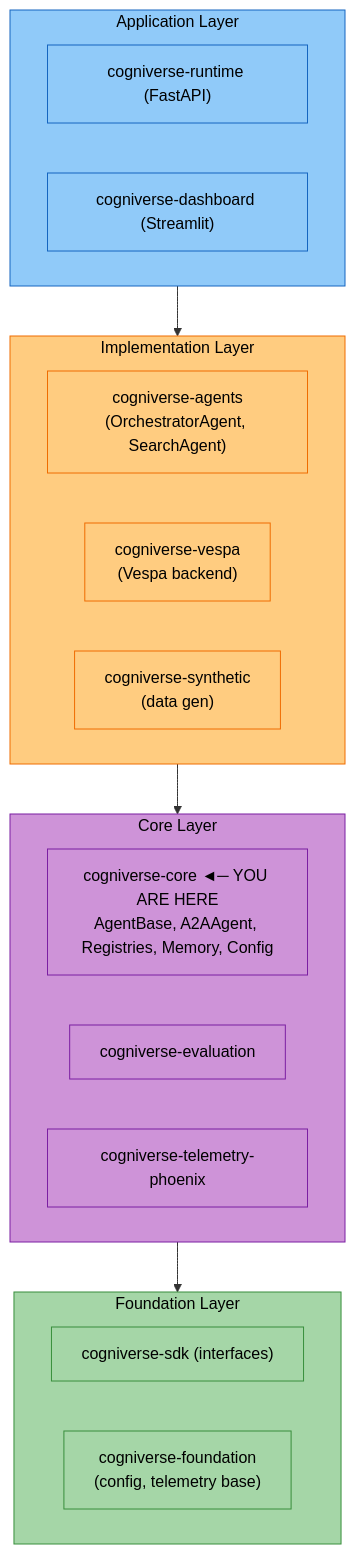
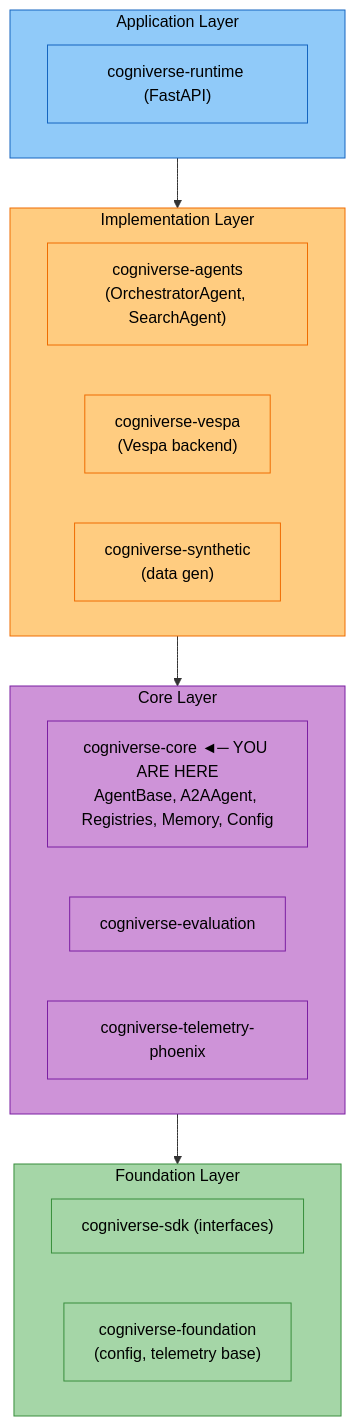
Before and after one commit to amit-jain/cogniverse: the diagram in docs/modules/core.md, drawn with Mermaid. The commit also changed 241 other files, not shown here.

First line of the commit message:
Remove the Streamlit dashboard

````diff
--- a/docs/modules/core.md
+++ b/docs/modules/core.md
@@ -1857,43 +1857,41 @@
 ```mermaid
 flowchart TB
     subgraph AppLayer["<span style='color:#000'>Application Layer</span>"]
         Runtime["<span style='color:#000'>cogniverse-runtime (FastAPI)</span>"]
-        Dashboard["<span style='color:#000'>cogniverse-dashboard (Streamlit)</span>"]
     end
 
     subgraph ImplLayer["<span style='color:#000'>Implementation Layer</span>"]
         Agents["<span style='color:#000'>cogniverse-agents<br/>(OrchestratorAgent, SearchAgent)</span>"]
         Vespa["<span style='color:#000'>cogniverse-vespa<br/>(Vespa backend)</span>"]
         Synthetic["<span style='color:#000'>cogniverse-synthetic<br/>(data gen)</span>"]
     end
 
     subgraph CoreLayer["<span style='color:#000'>Core Layer</span>"]
         Core["<span style='color:#000'>cogniverse-core ◄─ YOU ARE HERE<br/>AgentBase, A2AAgent, Registries, Memory, Config</span>"]
         Evaluation["<span style='color:#000'>cogniverse-evaluation</span>"]
         Telemetry["<span style='color:#000'>cogniverse-telemetry-phoenix</span>"]
     end
 
     subgraph FoundationLayer["<span style='color:#000'>Foundation Layer</span>"]
         SDK["<span style='color:#000'>cogniverse-sdk (interfaces)</span>"]
         Foundation["<span style='color:#000'>cogniverse-foundation<br/>(config, telemetry base)</span>"]
     end
 
     AppLayer --> ImplLayer
     ImplLayer --> CoreLayer
     CoreLayer --> FoundationLayer
 
     style AppLayer fill:#90caf9,stroke:#1565c0,color:#000
     style Runtime fill:#90caf9,stroke:#1565c0,color:#000
-    style Dashboard fill:#90caf9,stroke:#1565c0,color:#000
     style ImplLayer fill:#ffcc80,stroke:#ef6c00,color:#000
     style Agents fill:#ffcc80,stroke:#ef6c00,color:#000
     style Vespa fill:#ffcc80,stroke:#ef6c00,color:#000
     style Synthetic fill:#ffcc80,stroke:#ef6c00,color:#000
     style CoreLayer fill:#ce93d8,stroke:#7b1fa2,color:#000
     style Core fill:#ce93d8,stroke:#7b1fa2,color:#000
     style Evaluation fill:#ce93d8,stroke:#7b1fa2,color:#000
     style Telemetry fill:#ce93d8,stroke:#7b1fa2,color:#000
     style FoundationLayer fill:#a5d6a7,stroke:#388e3c,color:#000
     style SDK fill:#a5d6a7,stroke:#388e3c,color:#000
     style Foundation fill:#a5d6a7,stroke:#388e3c,color:#000
 ```
````
